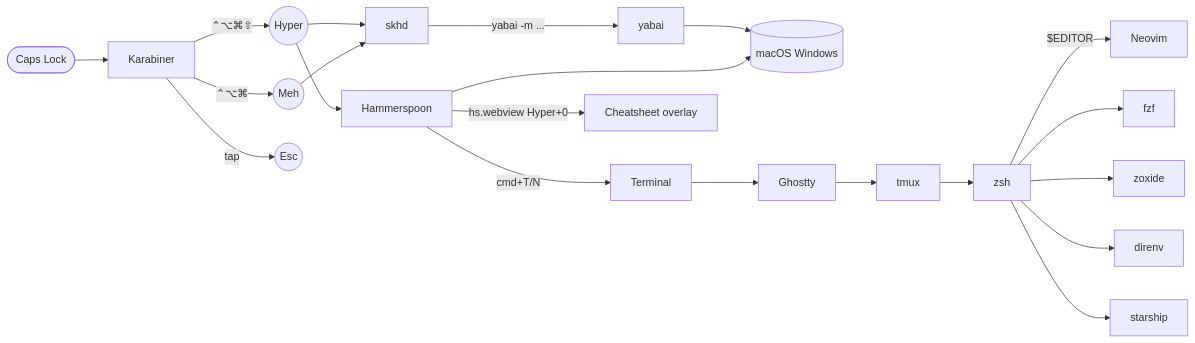
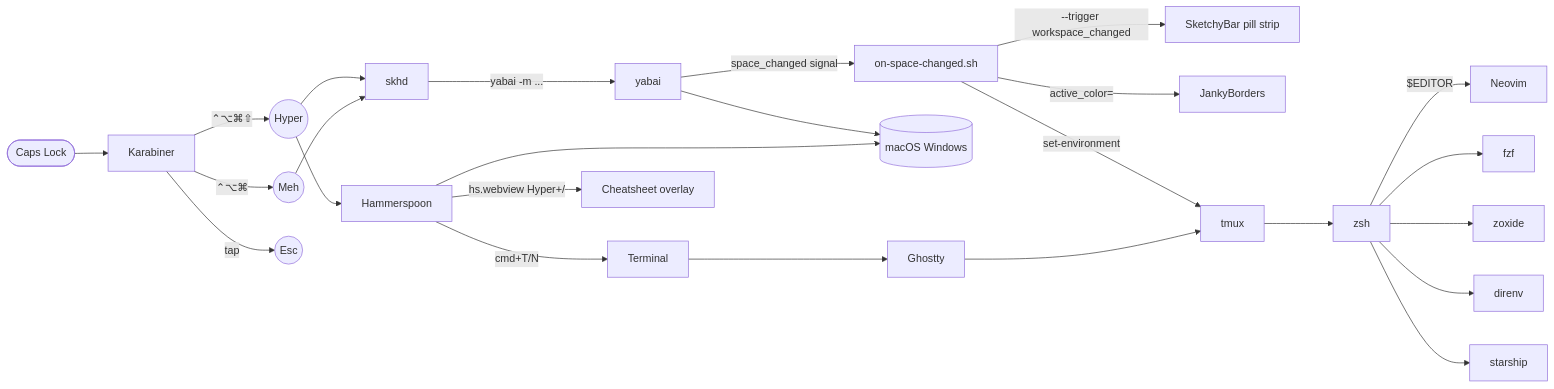
Before and after one commit to adames/dotfiles: the diagram in docs/architecture.md, drawn with Mermaid. The commit also changed other lines of this file and 11 other files, not shown here.

````diff
--- a/docs/architecture.md
+++ b/docs/architecture.md
@@ -8,24 +8,29 @@
 ```mermaid
 graph LR
   CapsLock([Caps Lock]) --> Karabiner
   Karabiner -->|"⌃⌥⌘⇧"| Hyper((Hyper))
   Karabiner -->|"⌃⌥⌘"| Meh((Meh))
   Karabiner -->|tap| Esc((Esc))
 
   Hyper --> skhd
   Meh --> skhd
   skhd -->|"yabai -m ..."| yabai
 
   Hyper --> Hammerspoon
   Hammerspoon -->|cmd+T/N| Terminal
-  Hammerspoon -->|hs.webview Hyper+0| Cheatsheet[Cheatsheet overlay]
+  Hammerspoon -->|hs.webview Hyper+/| Cheatsheet[Cheatsheet overlay]
+
+  yabai -->|space_changed signal| WorkspaceHandler[on-space-changed.sh]
+  WorkspaceHandler -->|--trigger workspace_changed| SketchyBar[SketchyBar pill strip]
+  WorkspaceHandler -->|active_color=| Borders[JankyBorders]
+  WorkspaceHandler -->|set-environment| tmux
 
   yabai --> Windows[(macOS Windows)]
   Hammerspoon --> Windows
 
   Terminal --> Ghostty
   Ghostty --> tmux
   tmux --> zsh
   zsh -->|"$EDITOR"| Neovim
   zsh --> fzf & zoxide & direnv & starship
 ```
````
